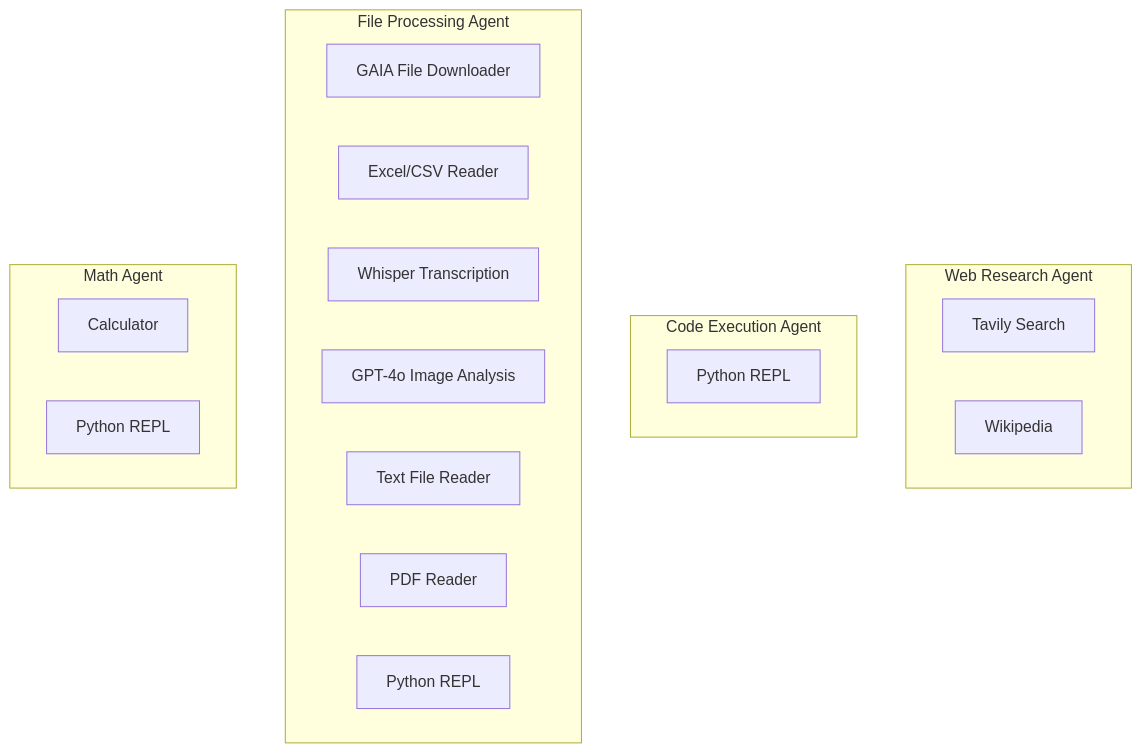
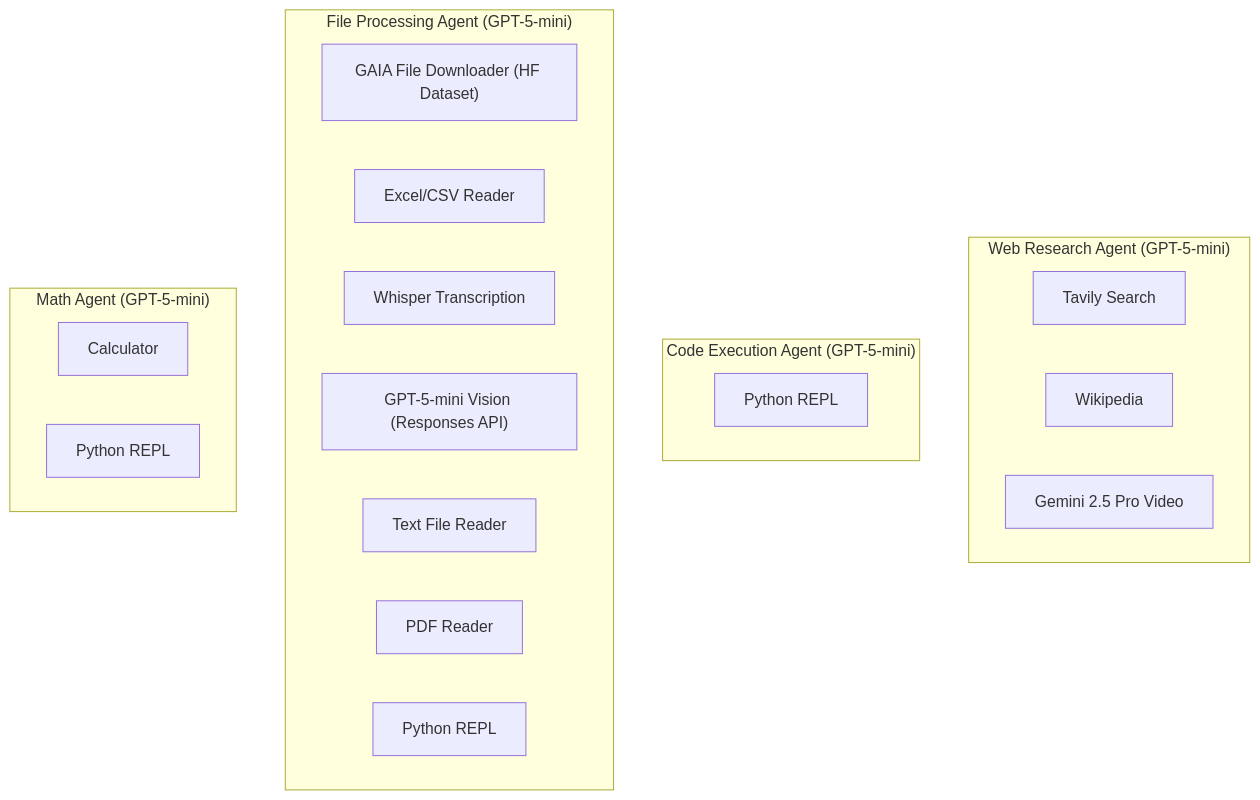
One commit to jash0803/gaia-agent changed the third of 8 diagrams in ARCHITECTURE.md. Above: the diagram before and after it, drawn with Mermaid. The commit also changed other lines of this file, not shown here.

Commit message:
docs: update architecture

````diff
--- a/ARCHITECTURE.md
+++ b/ARCHITECTURE.md
@@ -45,26 +48,27 @@
 ```mermaid
 graph TD
-    subgraph web [Web Research Agent]
+    subgraph web ["Web Research Agent (GPT-5-mini)"]
         Tavily[Tavily Search]
         Wiki[Wikipedia]
+        Gemini["Gemini 2.5 Pro Video"]
     end
 
-    subgraph code [Code Execution Agent]
+    subgraph code ["Code Execution Agent (GPT-5-mini)"]
         PythonREPL1[Python REPL]
     end
 
-    subgraph file [File Processing Agent]
-        Download[GAIA File Downloader]
+    subgraph file ["File Processing Agent (GPT-5-mini)"]
+        Download["GAIA File Downloader (HF Dataset)"]
         Excel[Excel/CSV Reader]
         Audio[Whisper Transcription]
-        Vision[GPT-4o Image Analysis]
+        Vision["GPT-5-mini Vision (Responses API)"]
         TextFile[Text File Reader]
         PDF[PDF Reader]
         PythonREPL2[Python REPL]
     end
 
-    subgraph math [Math Agent]
+    subgraph math ["Math Agent (GPT-5-mini)"]
         Calc[Calculator]
         PythonREPL3[Python REPL]
     end
 ```
````
